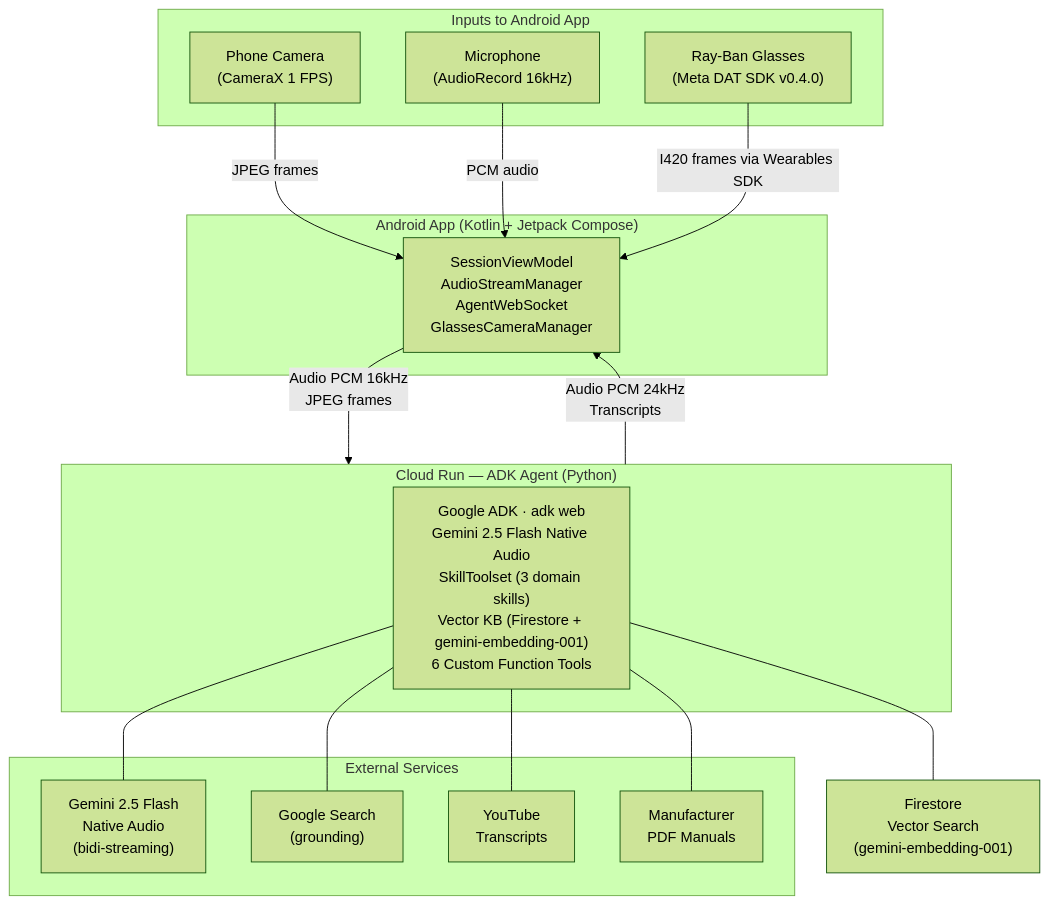
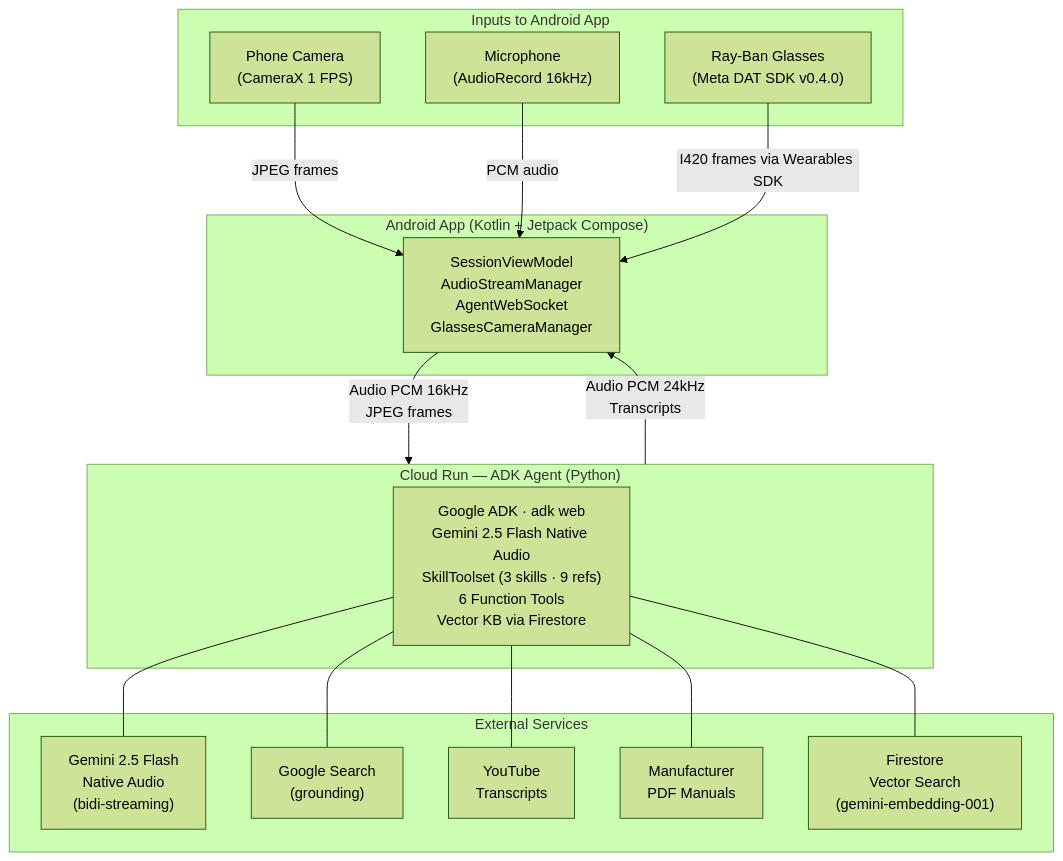
One commit to dabra-labs/fixIt-genie changed the diagram in README.md. Above: the diagram before and after it, drawn with Mermaid (forest theme). The commit also changed 2 other files, not shown here.

Commit message:
Update docs: fix embedding model, dimensions, Mermaid diagram
- blog-post.md: update tool list to reflect SkillToolset + 6 function tools,
  fix 768-dim → 3072-dim, fix "Vertex AI" → "Gemini API", update KB section
  header and expanding-beyond section
- devpost-submission.md: fix "Vertex AI" → "Gemini API", add 3072-dim note
- README.md: move Firestore into External subgraph, update CloudRun node label
  to reflect SkillToolset architecture

````diff
--- a/README.md
+++ b/README.md
@@ -30,36 +30,37 @@
 ```mermaid
 flowchart TD
     subgraph Inputs["Inputs to Android App"]
         CAM["Phone Camera\n(CameraX 1 FPS)"]
         MIC["Microphone\n(AudioRecord 16kHz)"]
         GLASSES["Ray-Ban Glasses\n(Meta DAT SDK v0.4.0)"]
     end
 
     subgraph Android["Android App (Kotlin + Jetpack Compose)"]
         APP["SessionViewModel\nAudioStreamManager\nAgentWebSocket\nGlassesCameraManager"]
     end
 
     subgraph CloudRun["Cloud Run — ADK Agent (Python)"]
-        ADK["Google ADK · adk web\nGemini 2.5 Flash Native Audio\nSkillToolset (3 domain skills)\nVector KB (Firestore + gemini-embedding-001)\n6 Custom Function Tools"]
+        ADK["Google ADK · adk web\nGemini 2.5 Flash Native Audio\nSkillToolset (3 skills · 9 refs)\n6 Function Tools\nVector KB via Firestore"]
     end
 
     subgraph External["External Services"]
         GEMINI["Gemini 2.5 Flash\nNative Audio\n(bidi-streaming)"]
         SEARCH["Google Search\n(grounding)"]
         YT["YouTube\nTranscripts"]
         PDF["Manufacturer\nPDF Manuals"]
+        FS["Firestore\nVector Search\n(gemini-embedding-001)"]
     end
 
     CAM -->|JPEG frames| APP
     MIC -->|PCM audio| APP
     GLASSES -->|I420 frames via Wearables SDK| APP
 
     APP -->|"Audio PCM 16kHz\nJPEG frames"| CloudRun
     CloudRun -->|"Audio PCM 24kHz\nTranscripts"| APP
 
     ADK --- GEMINI
     ADK --- SEARCH
     ADK --- YT
     ADK --- PDF
-    ADK --- FS["Firestore\nVector Search\n(gemini-embedding-001)"]
+    ADK --- FS
 ```
````
